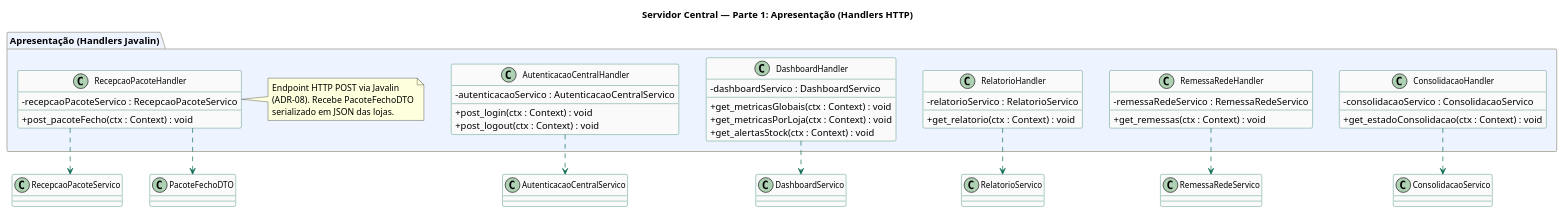
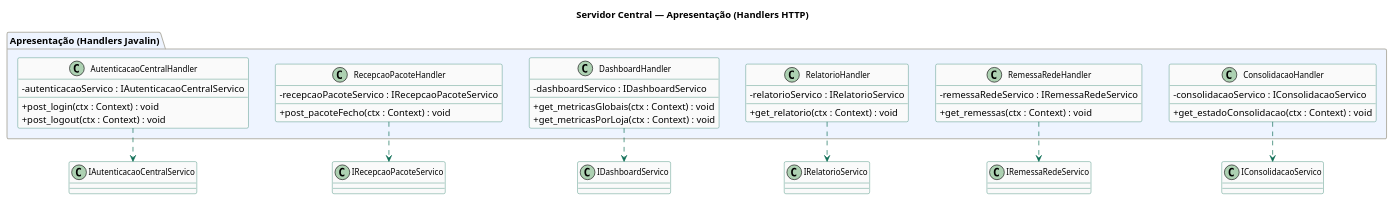
The diagram in Diagramas de Classe/software_servidor_central/apresentacao/src/apresentacao_handlers.puml (SimaoOliveira05/LI4), drawn with PlantUML before and after one commit. The commit also changed 40 other files, not shown here.

Commit message:
Updated class diagrams for server

```diff
--- a/Diagramas de Classe/software_servidor_central/apresentacao/src/apresentacao_handlers.puml
+++ b/Diagramas de Classe/software_servidor_central/apresentacao/src/apresentacao_handlers.puml
@@ -1,75 +1,62 @@
-@startuml servidor_central_parte1_apresentacao_handlers
+@startuml servidor_central_apresentacao_handlers
 skinparam classAttributeIconSize 0
 skinparam classFontSize 12
 skinparam classHeaderBackgroundColor #E1F5EE
 skinparam classBorderColor #0F6E56
 skinparam classBackgroundColor #FAFAFA
 skinparam arrowColor #0F6E56
 skinparam stereotypeCBackgroundColor #EEEDFE
 skinparam stereotypeABackgroundColor #FAC775
 skinparam stereotypeIBackgroundColor #D1ECF1
 skinparam packageBackgroundColor #F8F8F8
 skinparam packageBorderColor #B4B2A9
 skinparam linetype ortho
 skinparam nodesep 40
 skinparam ranksep 50
 
-title Servidor Central — Parte 1: Apresentação (Handlers HTTP)
+title Servidor Central — Apresentação (Handlers HTTP)
 
-' ╔══════════════════════════════════════╗
-' ║    CAMADA DE APRESENTAÇÃO            ║
-' ║    (Handlers HTTP Javalin)           ║
-' ╚══════════════════════════════════════╝
 package "Apresentação (Handlers Javalin)" #EEF4FF {
 
   class AutenticacaoCentralHandler {
-    - autenticacaoServico : AutenticacaoCentralServico
+    - autenticacaoServico : IAutenticacaoCentralServico
     + post_login(ctx : Context) : void
     + post_logout(ctx : Context) : void
   }
 
   class RecepcaoPacoteHandler {
-    - recepcaoPacoteServico : RecepcaoPacoteServico
+    - recepcaoPacoteServico : IRecepcaoPacoteServico
     + post_pacoteFecho(ctx : Context) : void
   }
-  note right of RecepcaoPacoteHandler
-    Endpoint HTTP POST via Javalin
-    (ADR-08). Recebe PacoteFechoDTO
-    serializado em JSON das lojas.
-  end note
 
   class DashboardHandler {
-    - dashboardServico : DashboardServico
+    - dashboardServico : IDashboardServico
     + get_metricasGlobais(ctx : Context) : void
     + get_metricasPorLoja(ctx : Context) : void
-    + get_alertasStock(ctx : Context) : void
   }
 
   class RelatorioHandler {
-    - relatorioServico : RelatorioServico
+    - relatorioServico : IRelatorioServico
     + get_relatorio(ctx : Context) : void
   }
 
   class RemessaRedeHandler {
-    - remessaRedeServico : RemessaRedeServico
+    - remessaRedeServico : IRemessaRedeServico
     + get_remessas(ctx : Context) : void
   }
 
   class ConsolidacaoHandler {
-    - consolidacaoServico : ConsolidacaoServico
+    - consolidacaoServico : IConsolidacaoServico
     + get_estadoConsolidacao(ctx : Context) : void
   }
 }
 
-' Handlers → Serviços
-AutenticacaoCentralHandler ..> AutenticacaoCentralServico
-RecepcaoPacoteHandler ..> RecepcaoPacoteServico
-DashboardHandler ..> DashboardServico
-RelatorioHandler ..> RelatorioServico
-RemessaRedeHandler ..> RemessaRedeServico
-ConsolidacaoHandler ..> ConsolidacaoServico
-
-' Handlers recebem/devolvem DTOs
-RecepcaoPacoteHandler ..> PacoteFechoDTO
+' Handlers → Interfaces de Serviço
+AutenticacaoCentralHandler ..> IAutenticacaoCentralServico
+RecepcaoPacoteHandler ..> IRecepcaoPacoteServico
+DashboardHandler ..> IDashboardServico
+RelatorioHandler ..> IRelatorioServico
+RemessaRedeHandler ..> IRemessaRedeServico
+ConsolidacaoHandler ..> IConsolidacaoServico
 
 @enduml
```
